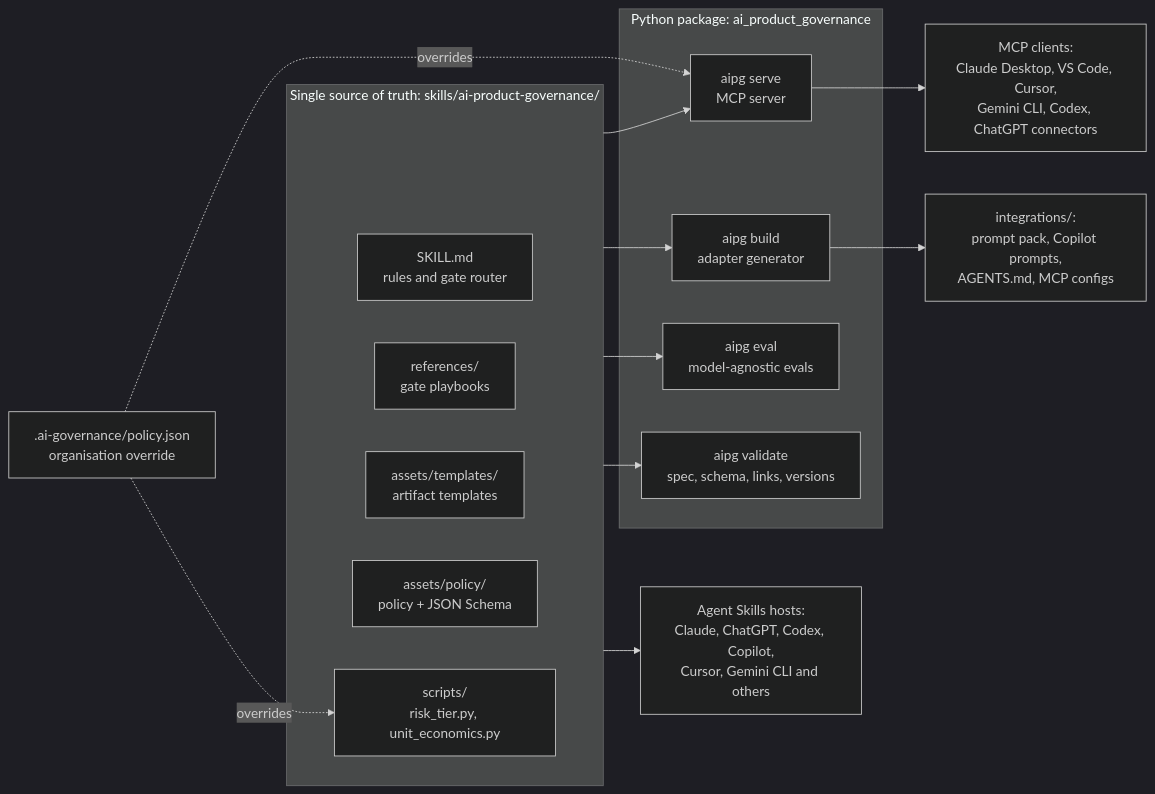
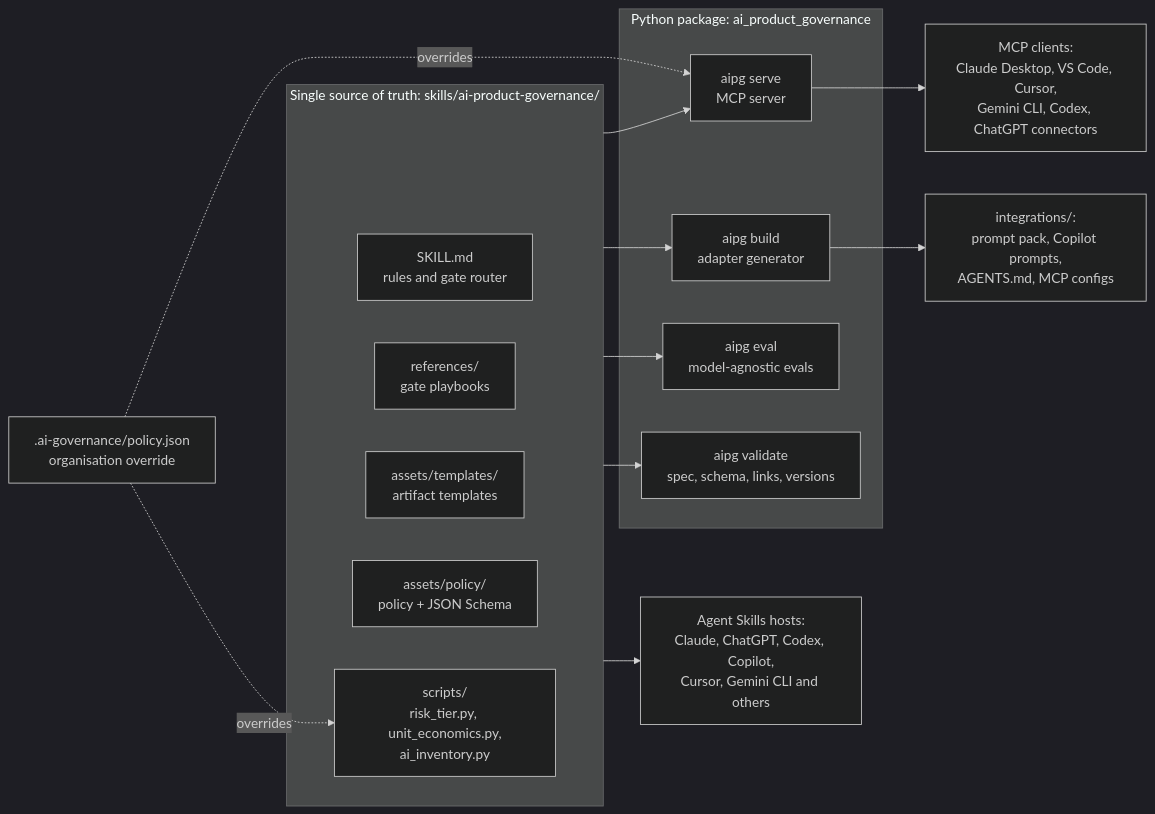
The first of 3 diagrams in docs/architecture.md (joydeep195/ai-product-governance), drawn with Mermaid (dark theme) before and after one commit. The commit also changed other lines of this file and 26 other files, not shown here.

````diff
--- a/docs/architecture.md
+++ b/docs/architecture.md
@@ -18,27 +18,27 @@
 ```mermaid
 flowchart LR
     subgraph source["Single source of truth: skills/ai-product-governance/"]
         skill["SKILL.md<br/>rules and gate router"]
         refs["references/<br/>gate playbooks"]
         tmpl["assets/templates/<br/>artifact templates"]
         policy["assets/policy/<br/>policy + JSON Schema"]
-        engines["scripts/<br/>risk_tier.py, unit_economics.py"]
+        engines["scripts/<br/>risk_tier.py, unit_economics.py,<br/>ai_inventory.py"]
     end
 
     subgraph toolkit["Python package: ai_product_governance"]
         build["aipg build<br/>adapter generator"]
         server["aipg serve<br/>MCP server"]
         evals["aipg eval<br/>model-agnostic evals"]
         validate["aipg validate<br/>spec, schema, links, versions"]
     end
 
     org[".ai-governance/policy.json<br/>organisation override"]
 
     source --> native["Agent Skills hosts:<br/>Claude, ChatGPT, Codex, Copilot,<br/>Cursor, Gemini CLI and others"]
     source --> build --> generated["integrations/:<br/>prompt pack, Copilot prompts,<br/>AGENTS.md, MCP configs"]
     source --> server --> mcpclients["MCP clients:<br/>Claude Desktop, VS Code, Cursor,<br/>Gemini CLI, Codex, ChatGPT connectors"]
     source --> evals
     source --> validate
     org -. overrides .-> engines
     org -. overrides .-> server
 ```
````
